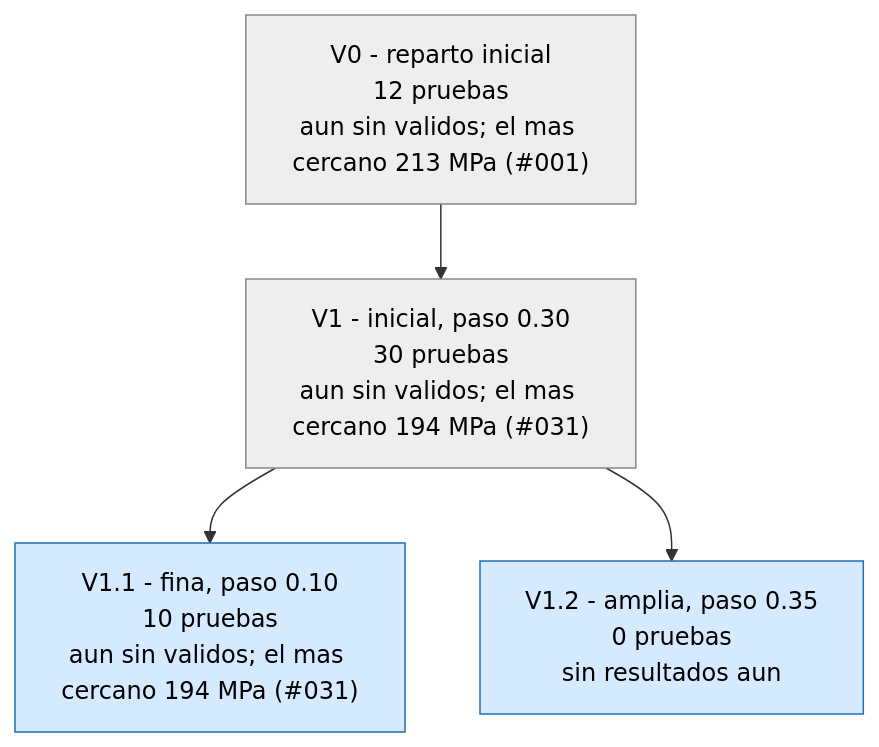
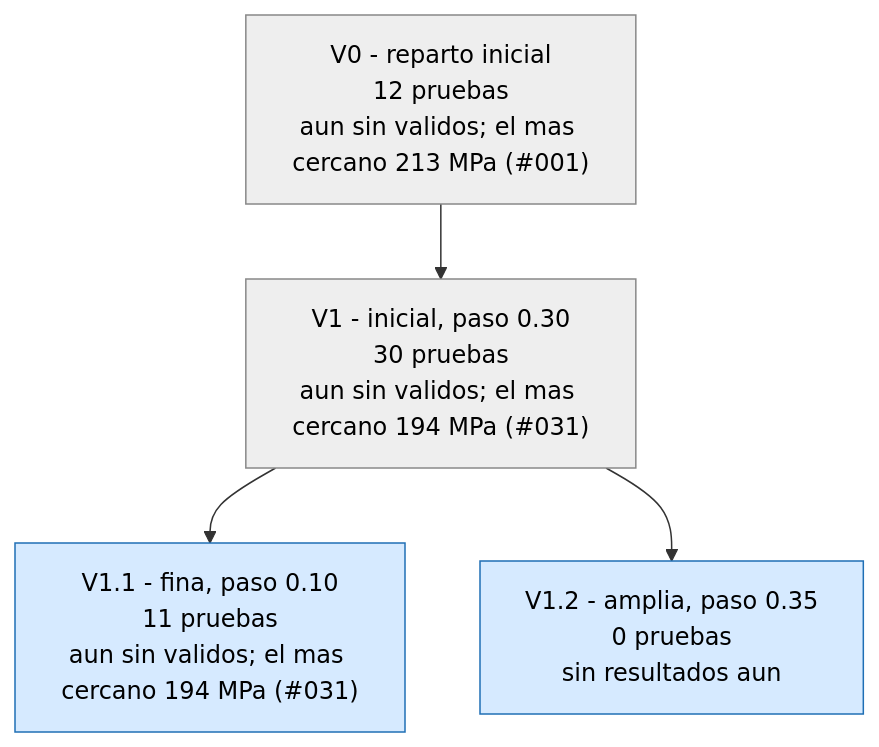
The first of 3 diagrams in runs/opt_37800N/ARBOL.md (Hugiko/msd-soporte-optimizacion), drawn with Mermaid before and after one commit. The commit also changed 19 other files, not shown here.

````diff
--- a/runs/opt_37800N/ARBOL.md
+++ b/runs/opt_37800N/ARBOL.md
@@ -9,13 +9,13 @@
 ```mermaid
 graph TD
 classDef activa fill:#d6eaff,stroke:#1f6fb5,color:#000
 classDef fin fill:#eeeeee,stroke:#888,color:#000
 classDef mejor fill:#c8f0c0,stroke:#1a9850,stroke-width:4px,color:#000
 V0["V0 - reparto inicial<br/>12 pruebas<br/>aun sin validos; el mas cercano 213 MPa (#001)"]:::fin
 V1["V1 - inicial, paso 0.30<br/>30 pruebas<br/>aun sin validos; el mas cercano 194 MPa (#031)"]:::fin
 V0 --> V1
-V1_1["V1.1 - fina, paso 0.10<br/>10 pruebas<br/>aun sin validos; el mas cercano 194 MPa (#031)"]:::activa
+V1_1["V1.1 - fina, paso 0.10<br/>11 pruebas<br/>aun sin validos; el mas cercano 194 MPa (#031)"]:::activa
 V1 --> V1_1
 V1_2["V1.2 - amplia, paso 0.35<br/>0 pruebas<br/>sin resultados aun"]:::activa
 V1 --> V1_2
 ```
````
